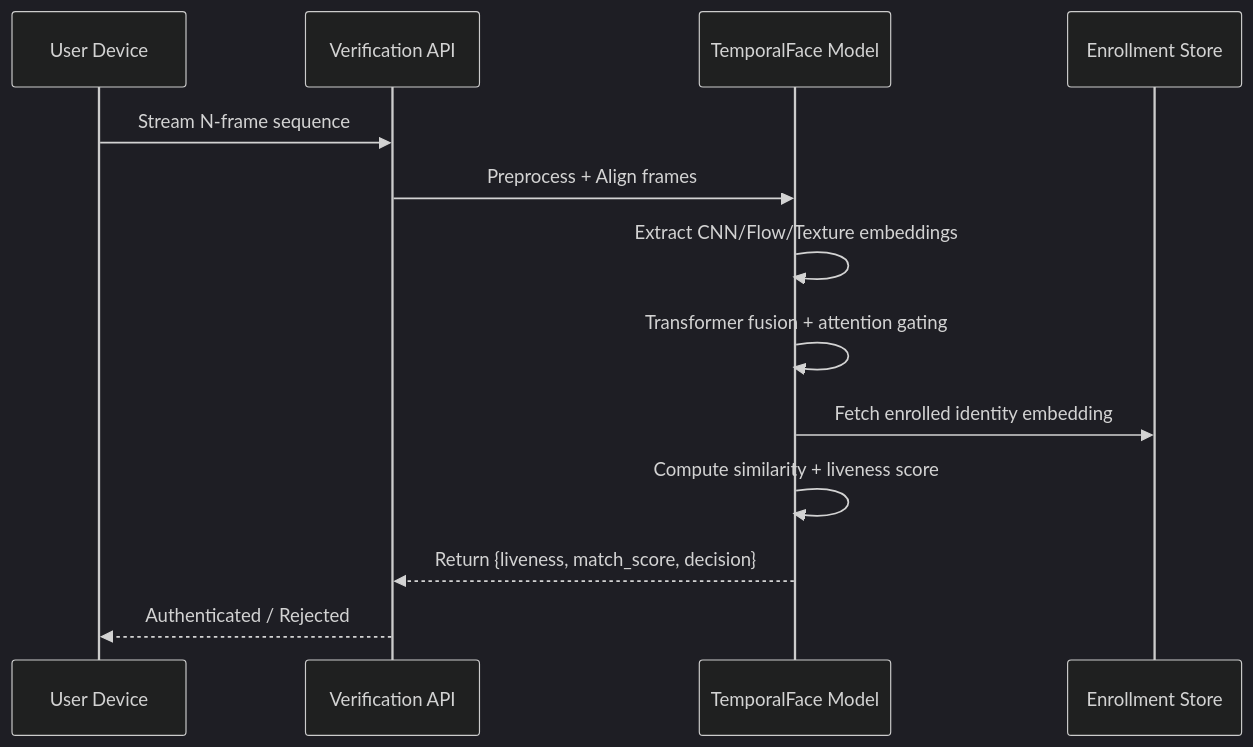
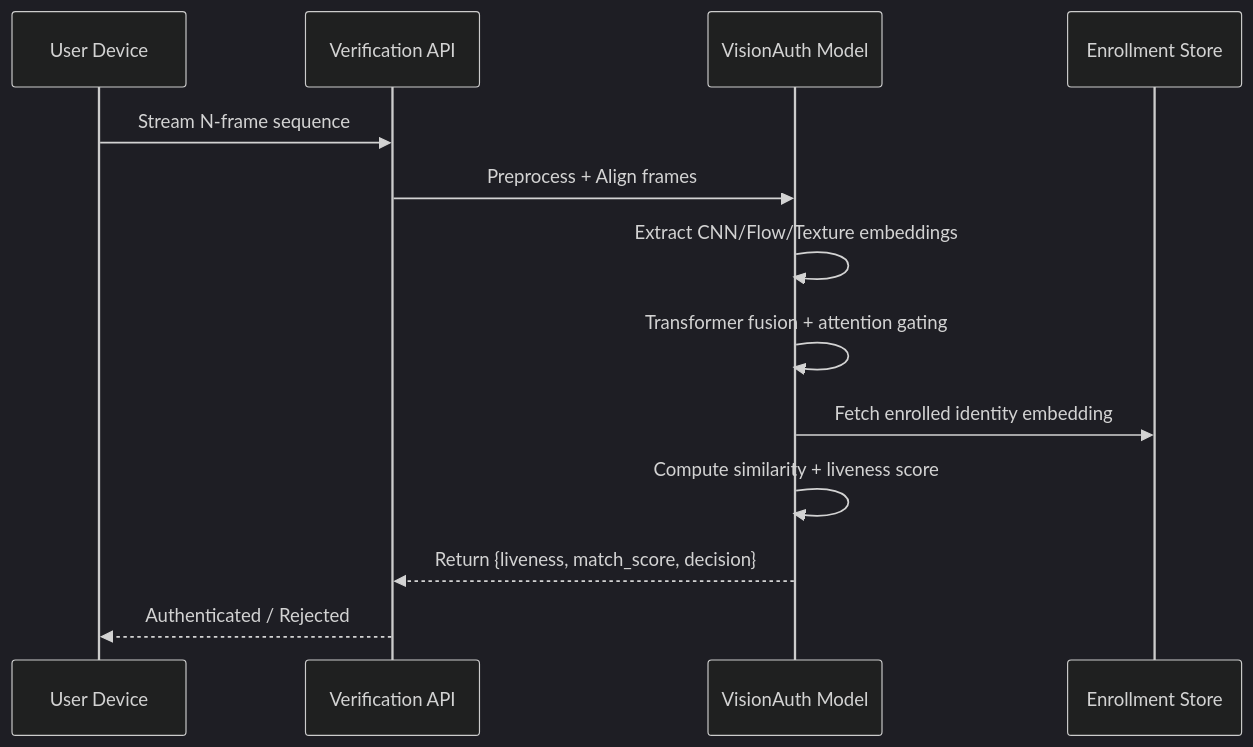
Before and after one commit to Harshid001/VisionAuth: the third of 12 diagrams in README.md, drawn with Mermaid (dark theme). The commit also changed other lines of this file, not shown here.

Commit message:
Rename TemporalFace to VisionAuth in README

````diff
--- a/README.md
+++ b/README.md
@@ -309,16 +296,16 @@
 ```mermaid
 sequenceDiagram
     participant U as User Device
     participant API as Verification API
-    participant M as TemporalFace Model
+    participant M as VisionAuth Model
     participant DB as Enrollment Store
 
     U->>API: Stream N-frame sequence
     API->>M: Preprocess + Align frames
     M->>M: Extract CNN/Flow/Texture embeddings
     M->>M: Transformer fusion + attention gating
     M->>DB: Fetch enrolled identity embedding
     M->>M: Compute similarity + liveness score
     M-->>API: Return {liveness, match_score, decision}
     API-->>U: Authenticated / Rejected
 ```
````
